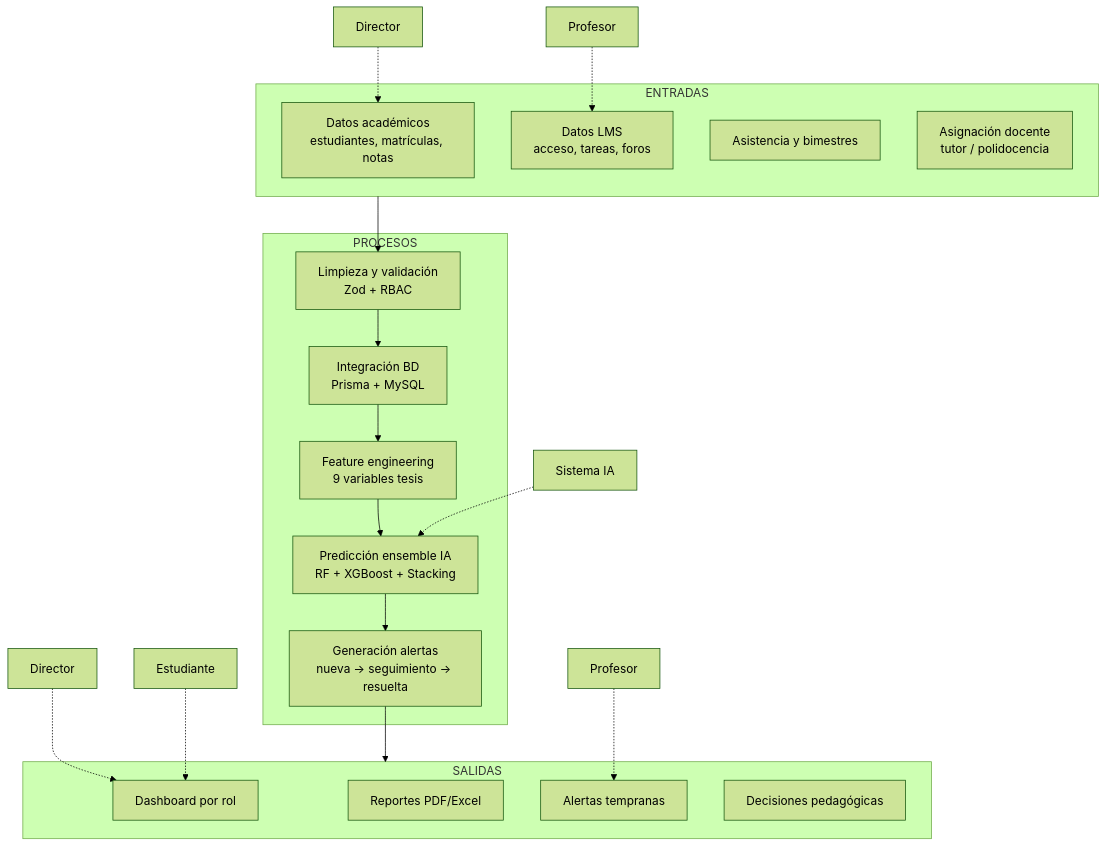
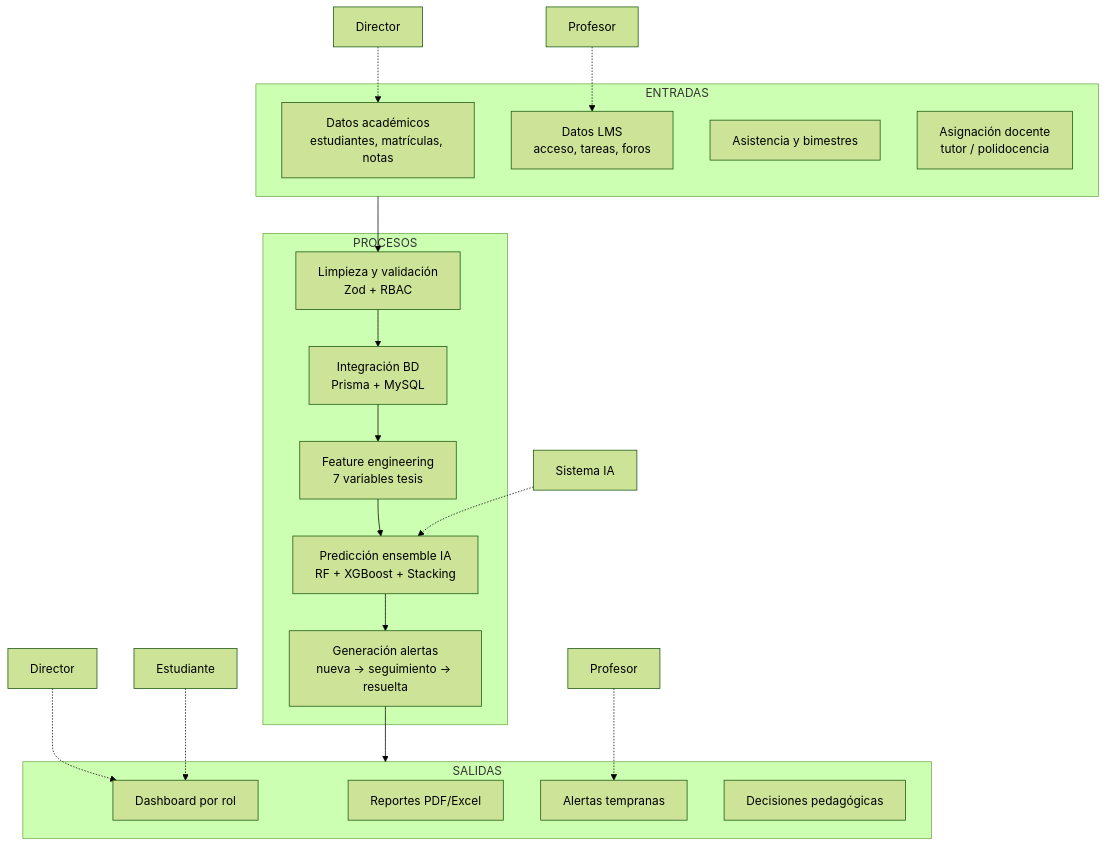
The diagram in docs/iso-9001/macroproceso-academico.md (4dr1-2529/taller1), drawn with Mermaid (forest theme) before and after one commit. The commit also changed other lines of this file and 153 other files, not shown here.

````diff
--- a/docs/iso-9001/macroproceso-academico.md
+++ b/docs/iso-9001/macroproceso-academico.md
@@ -20,33 +22,33 @@
 ```mermaid
 flowchart TB
   subgraph ENTRADAS["ENTRADAS"]
     E1[Datos académicos<br/>estudiantes, matrículas, notas]
     E2[Datos LMS<br/>acceso, tareas, foros]
     E3[Asistencia y bimestres]
     E4[Asignación docente<br/>tutor / polidocencia]
   end
 
   subgraph PROCESOS["PROCESOS"]
     P1[Limpieza y validación<br/>Zod + RBAC]
     P2[Integración BD<br/>Prisma + MySQL]
-    P3[Feature engineering<br/>9 variables tesis]
+    P3[Feature engineering<br/>7 variables tesis]
     P4[Predicción ensemble IA<br/>RF + XGBoost + Stacking]
     P5[Generación alertas<br/>nueva → seguimiento → resuelta]
   end
 
   subgraph SALIDAS["SALIDAS"]
     S1[Dashboard por rol]
     S2[Reportes PDF/Excel]
     S3[Alertas tempranas]
     S4[Decisiones pedagógicas]
   end
 
   ENTRADAS --> P1 --> P2 --> P3 --> P4 --> P5 --> SALIDAS
 
   CI1[Director] -.-> E1
   CI2[Profesor] -.-> E2
   CI3[Sistema IA] -.-> P4
   CO1[Director] -.-> S1
   CO2[Profesor] -.-> S3
   CO3[Estudiante] -.-> S1
 ```
````
